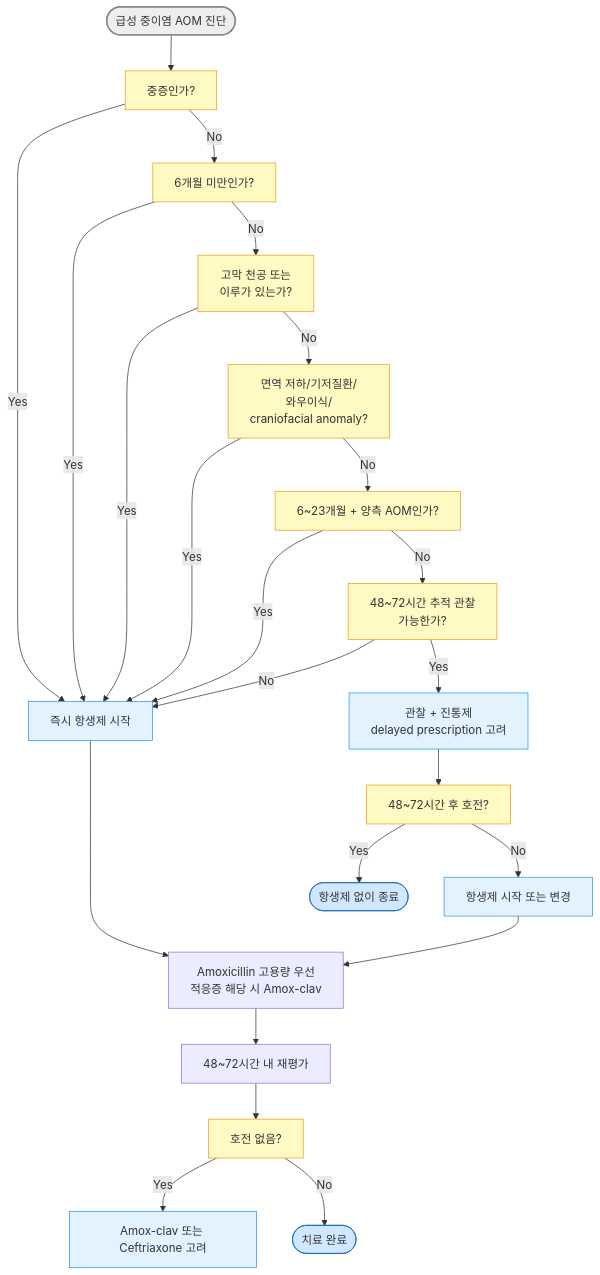
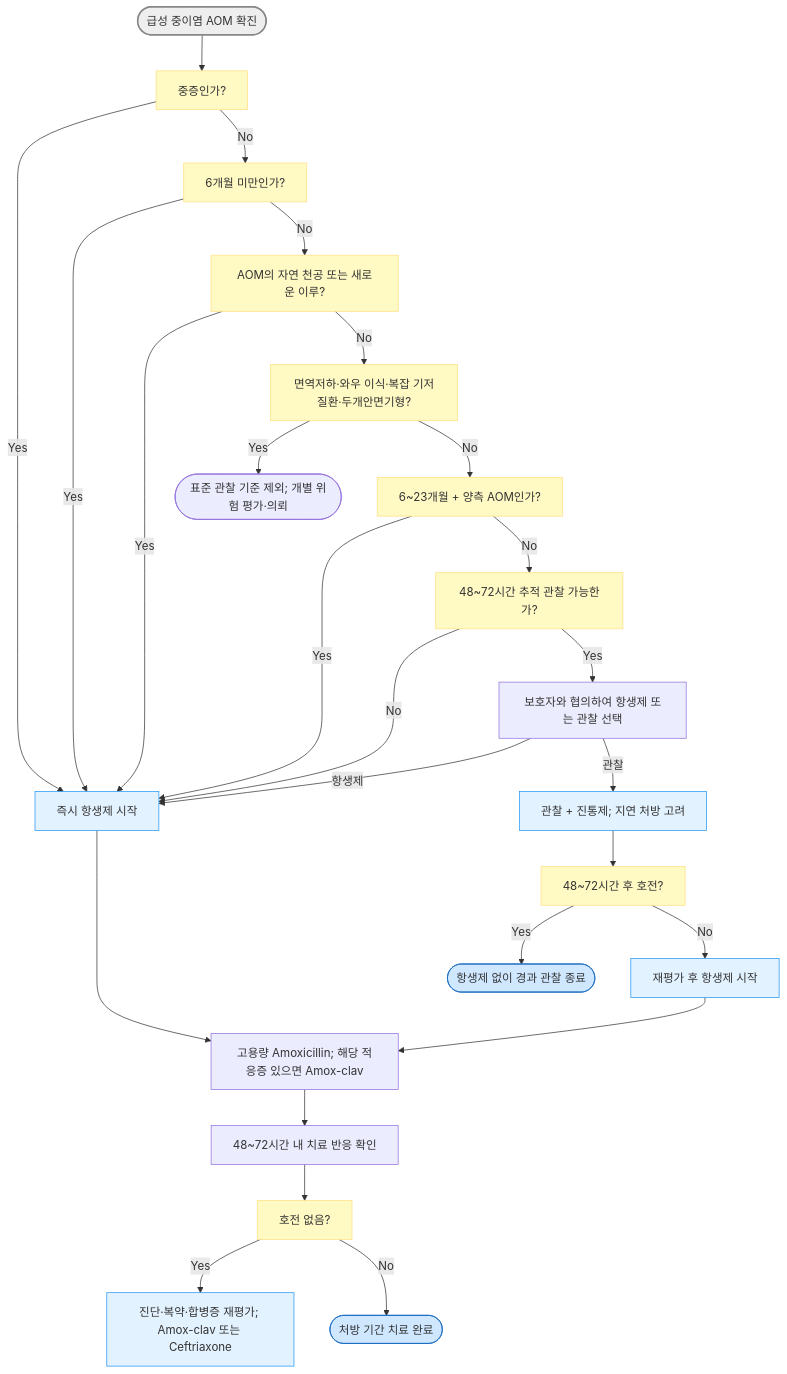
The third of 4 diagrams in 222_/048_-otitis-media.md (familyoh77/familyoh77), drawn with Mermaid before and after one commit. The commit also changed other lines of this file, not shown here.

````diff
--- a/222_/048_-otitis-media.md
+++ b/222_/048_-otitis-media.md
@@ -373,34 +366,36 @@
 ```mermaid
 graph TD
-A([급성 중이염 AOM 진단]) --> B[중증인가?]
-B -->|Yes| ABX[즉시 항생제 시작]
-B -->|No| C[6개월 미만인가?]
+A(["급성 중이염 AOM 확진"]) --> B["중증인가?"]
+B -->|Yes| ABX["즉시 항생제 시작"]
+B -->|No| C["6개월 미만인가?"]
 C -->|Yes| ABX
-C -->|No| D[고막 천공 또는 <br/>이루가 있는가?]
+C -->|No| D["AOM의 자연 천공 또는 새로운 이루?"]
 D -->|Yes| ABX
-D -->|No| E[면역 저하/기저질환/<br/>와우이식/<br/> craniofacial anomaly?]
-E -->|Yes| ABX
-E -->|No| F[6~23개월 + 양측 AOM인가?]
+D -->|No| E["면역저하·와우 이식·복잡 기저질환·두개안면기형?"]
+E -->|Yes| SPECIAL(["표준 관찰 기준 제외; 개별 위험 평가·의뢰"])
+E -->|No| F["6~23개월 + 양측 AOM인가?"]
 F -->|Yes| ABX
-F -->|No| G[48~72시간 추적 관찰 <br/>가능한가?]
+F -->|No| G["48~72시간 추적 관찰 가능한가?"]
 G -->|No| ABX
-G -->|Yes| OBS[관찰 + 진통제<br/>delayed prescription 고려]
-OBS --> H[48~72시간 후 호전?]
-H -->|Yes| HOME([항생제 없이 종료])
-H -->|No| ABX2[항생제 시작 또는 변경]
-ABX --> I[Amoxicillin 고용량 우선<br/>적응증 해당 시 Amox-clav]
+G -->|Yes| SHARED["보호자와 협의하여 항생제 또는 관찰 선택"]
+SHARED -->|항생제| ABX
+SHARED -->|관찰| OBS["관찰 + 진통제; 지연 처방 고려"]
+OBS --> H["48~72시간 후 호전?"]
+H -->|Yes| HOME(["항생제 없이 경과 관찰 종료"])
+H -->|No| ABX2["재평가 후 항생제 시작"]
+ABX --> I["고용량 Amoxicillin; 해당 적응증 있으면 Amox-clav"]
 ABX2 --> I
-I --> J[48~72시간 내 재평가]
-J --> K[호전 없음?]
-K -->|Yes| ESC[Amox-clav 또는 Ceftriaxone 고려]
-K -->|No| END([치료 완료])
+I --> J["48~72시간 내 치료 반응 확인"]
+J --> K["호전 없음?"]
+K -->|Yes| ESC["진단·복약·합병증 재평가; Amox-clav 또는 Ceftriaxone"]
+K -->|No| END(["처방 기간 치료 완료"])
 
     style A fill:#eeeeee,stroke:#888888,stroke-width:2px
 classDef blue fill:#d0e8ff,stroke:#1a6abf
 class HOME,END blue
-classDef yellow fill:#fff9c4,stroke:#f39c12
+classDef yellow fill:#fff9c4,stroke:#ffe082
 class B,C,D,E,F,G,H,K yellow
 classDef sky fill:#e3f2ff,stroke:#2196f3
 class ABX,ABX2,ESC,OBS sky
 
 ```
````
